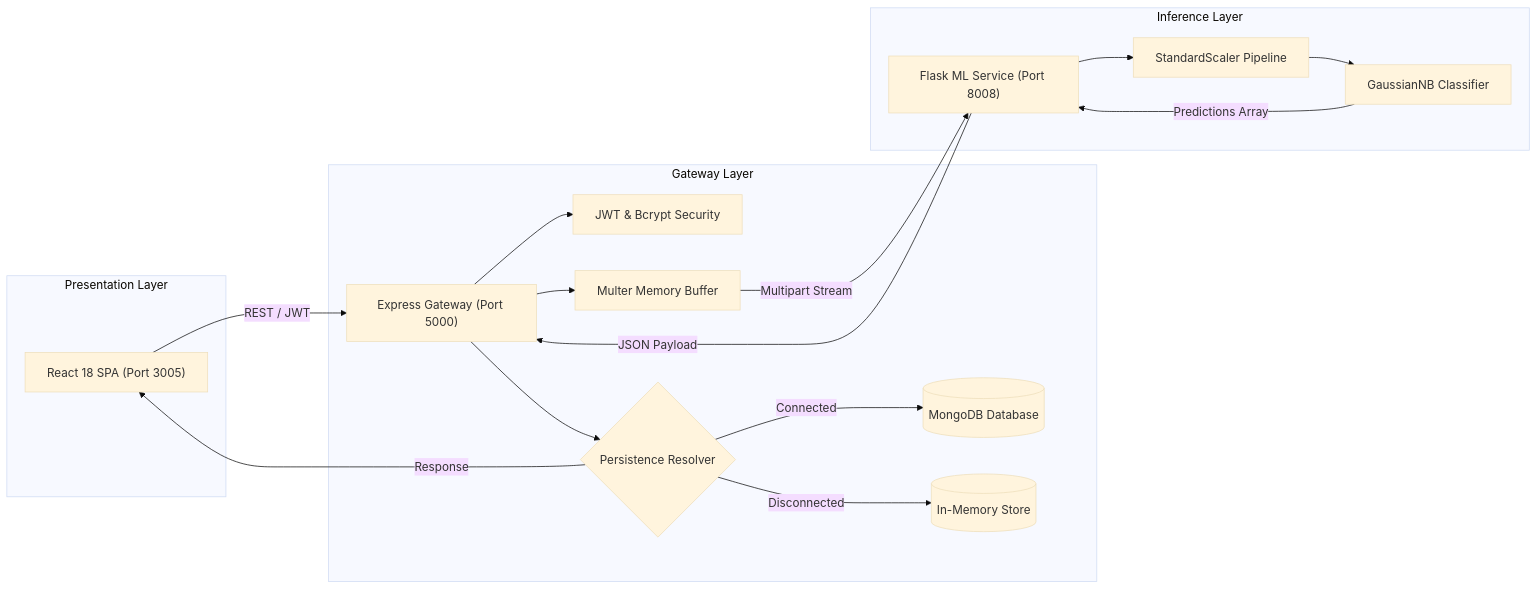
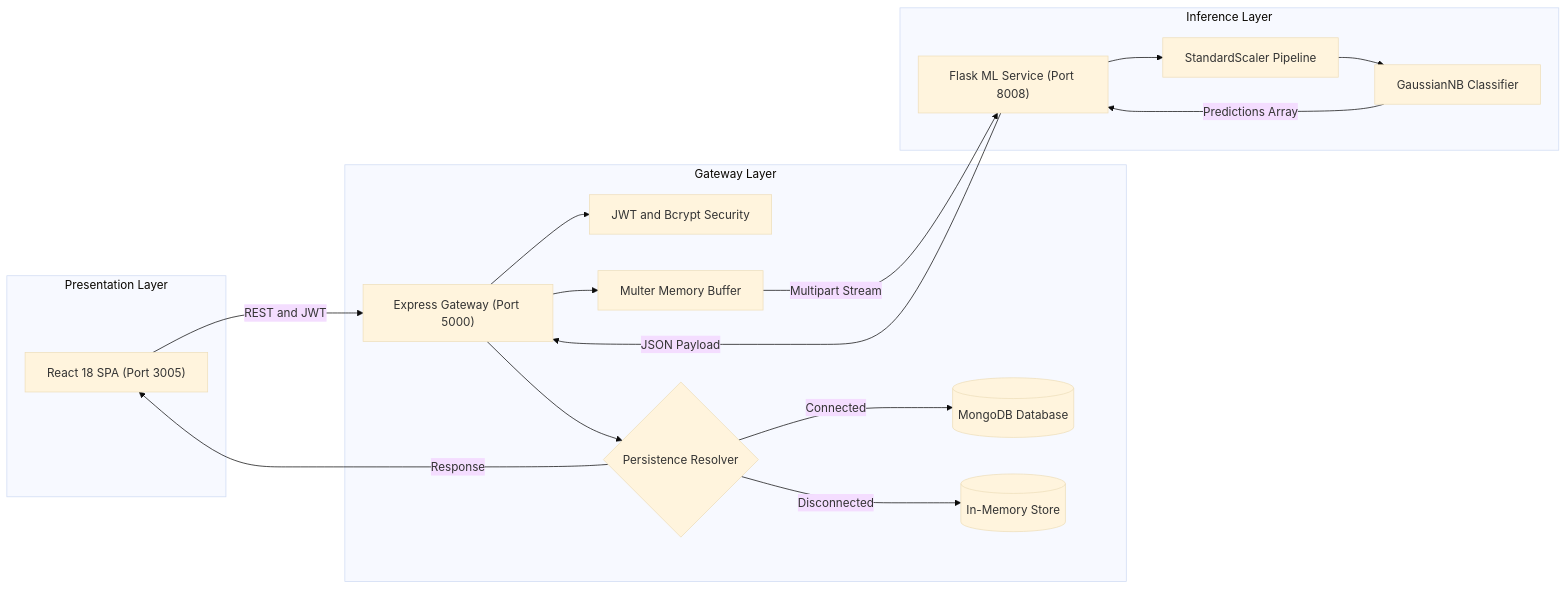
The diagram in CASE_STUDY.md (SambhavJain26/Breava-Capstone), drawn with Mermaid (base theme) before and after one commit. The commit also changed 1 other file, not shown here.

Commit message:
fix(docs): quote edge labels and sanitize symbols in mermaid diagrams

````diff
--- a/CASE_STUDY.md
+++ b/CASE_STUDY.md
@@ -67,34 +67,34 @@
 ```mermaid
 flowchart LR
     subgraph Browser ["Presentation Layer"]
         ReactApp["React 18 SPA (Port 3005)"]
     end
 
     subgraph APICluster ["Gateway Layer"]
         ExpressSvc["Express Gateway (Port 5000)"]
-        AuthHandler["JWT & Bcrypt Security"]
+        AuthHandler["JWT and Bcrypt Security"]
         UploadHandler["Multer Memory Buffer"]
         DBHandler{"Persistence Resolver"}
         MongoDB[("MongoDB Database")]
         InMemoryDB[("In-Memory Store")]
     end
 
     subgraph MLCluster ["Inference Layer"]
         FlaskSvc["Flask ML Service (Port 8008)"]
         ScalerUnit["StandardScaler Pipeline"]
         GNBModel["GaussianNB Classifier"]
     end
 
-    ReactApp -->|REST / JWT| ExpressSvc
+    ReactApp -->|"REST and JWT"| ExpressSvc
     ExpressSvc --> AuthHandler
     ExpressSvc --> UploadHandler
-    UploadHandler -->|Multipart Stream| FlaskSvc
+    UploadHandler -->|"Multipart Stream"| FlaskSvc
     FlaskSvc --> ScalerUnit
     ScalerUnit --> GNBModel
-    GNBModel -->|Predictions Array| FlaskSvc
-    FlaskSvc -->|JSON Payload| ExpressSvc
+    GNBModel -->|"Predictions Array"| FlaskSvc
+    FlaskSvc -->|"JSON Payload"| ExpressSvc
     ExpressSvc --> DBHandler
-    DBHandler -->|Connected| MongoDB
-    DBHandler -->|Disconnected| InMemoryDB
-    DBHandler -->|Response| ReactApp
+    DBHandler -->|"Connected"| MongoDB
+    DBHandler -->|"Disconnected"| InMemoryDB
+    DBHandler -->|"Response"| ReactApp
 ```
````
